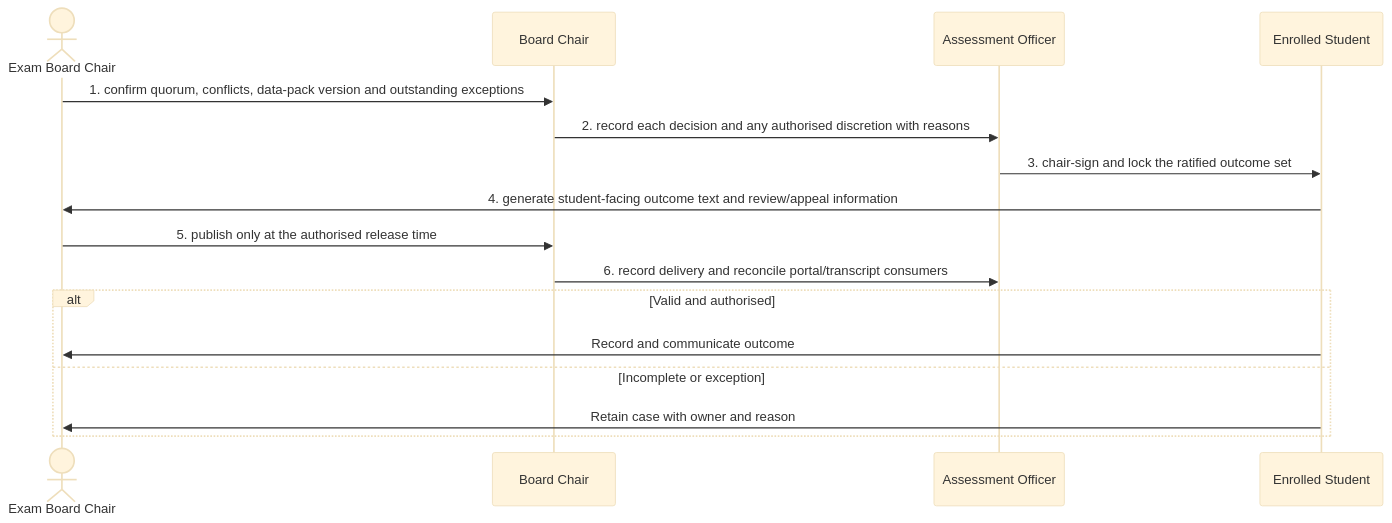
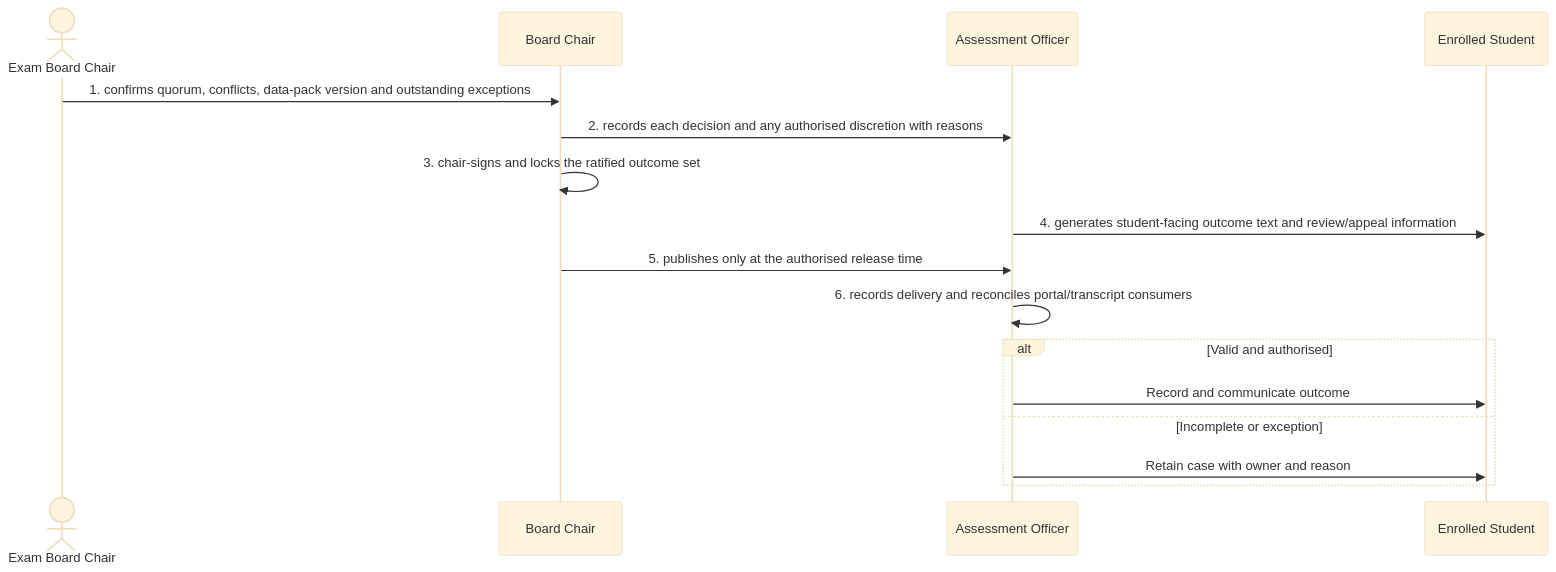
The diagram in docs/business-processes/05-assessment-and-results/bp-05-009-ratify-and-publish-results.md (RevelationCore/Revelation-SRS), drawn with Mermaid (base theme) before and after one commit. The commit also changed other lines of this file and 96 other files, not shown here.

````diff
--- a/docs/business-processes/05-assessment-and-results/bp-05-009-ratify-and-publish-results.md
+++ b/docs/business-processes/05-assessment-and-results/bp-05-009-ratify-and-publish-results.md
@@ -158,18 +158,18 @@
 ```mermaid
 sequenceDiagram
     actor A1 as Exam Board Chair
     participant A2 as Board Chair
     participant A3 as Assessment Officer
     participant A4 as Enrolled Student
-    A1->>A2: 1. confirm quorum, conflicts, data-pack version and outstanding exceptions
-    A2->>A3: 2. record each decision and any authorised discretion with reasons
-    A3->>A4: 3. chair-sign and lock the ratified outcome set
-    A4->>A1: 4. generate student-facing outcome text and review/appeal information
-    A1->>A2: 5. publish only at the authorised release time
-    A2->>A3: 6. record delivery and reconcile portal/transcript consumers
+    A1->>A2: 1. confirms quorum, conflicts, data-pack version and outstanding exceptions
+    A2->>A3: 2. records each decision and any authorised discretion with reasons
+    A2->>A2: 3. chair-signs and locks the ratified outcome set
+    A3->>A4: 4. generates student-facing outcome text and review/appeal information
+    A2->>A3: 5. publishes only at the authorised release time
+    A3->>A3: 6. records delivery and reconciles portal/transcript consumers
     alt Valid and authorised
-        A4->>A1: Record and communicate outcome
+        A3->>A4: Record and communicate outcome
     else Incomplete or exception
-        A4->>A1: Retain case with owner and reason
+        A3->>A4: Retain case with owner and reason
     end
 ```
````
